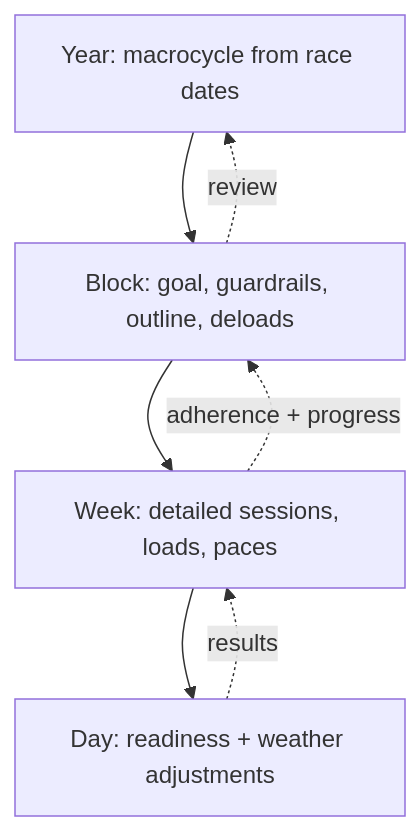
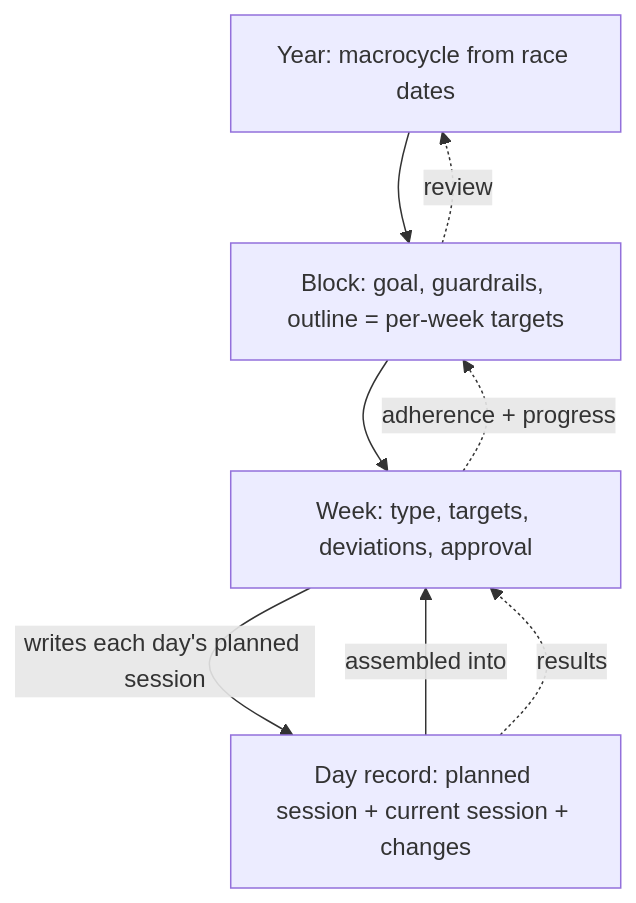
Before and after one commit to evanspill/coach: the third of 6 diagrams in docs/ARCHITECTURE.md, drawn with Mermaid. The commit also changed other lines of this file and 13 other files, not shown here.

First line of the commit message:
One home per session: day records hold the session, week plans are assembled from them

````diff
--- a/docs/ARCHITECTURE.md
+++ b/docs/ARCHITECTURE.md
@@ -86,9 +86,10 @@
 ```mermaid
 flowchart TD
-  Y[Year: macrocycle from race dates] --> BL[Block: goal, guardrails, outline, deloads]
-  BL --> WE[Week: detailed sessions, loads, paces]
-  WE --> DA[Day: readiness + weather adjustments]
+  Y[Year: macrocycle from race dates] --> BL[Block: goal, guardrails, outline = per-week targets]
+  BL --> WE[Week: type, targets, deviations, approval]
+  WE -- writes each day's planned session --> DA[Day record: planned session + current session + changes]
+  DA -- assembled into --> WE
   DA -. results .-> WE
   WE -. adherence + progress .-> BL
   BL -. review .-> Y
 ```
````
